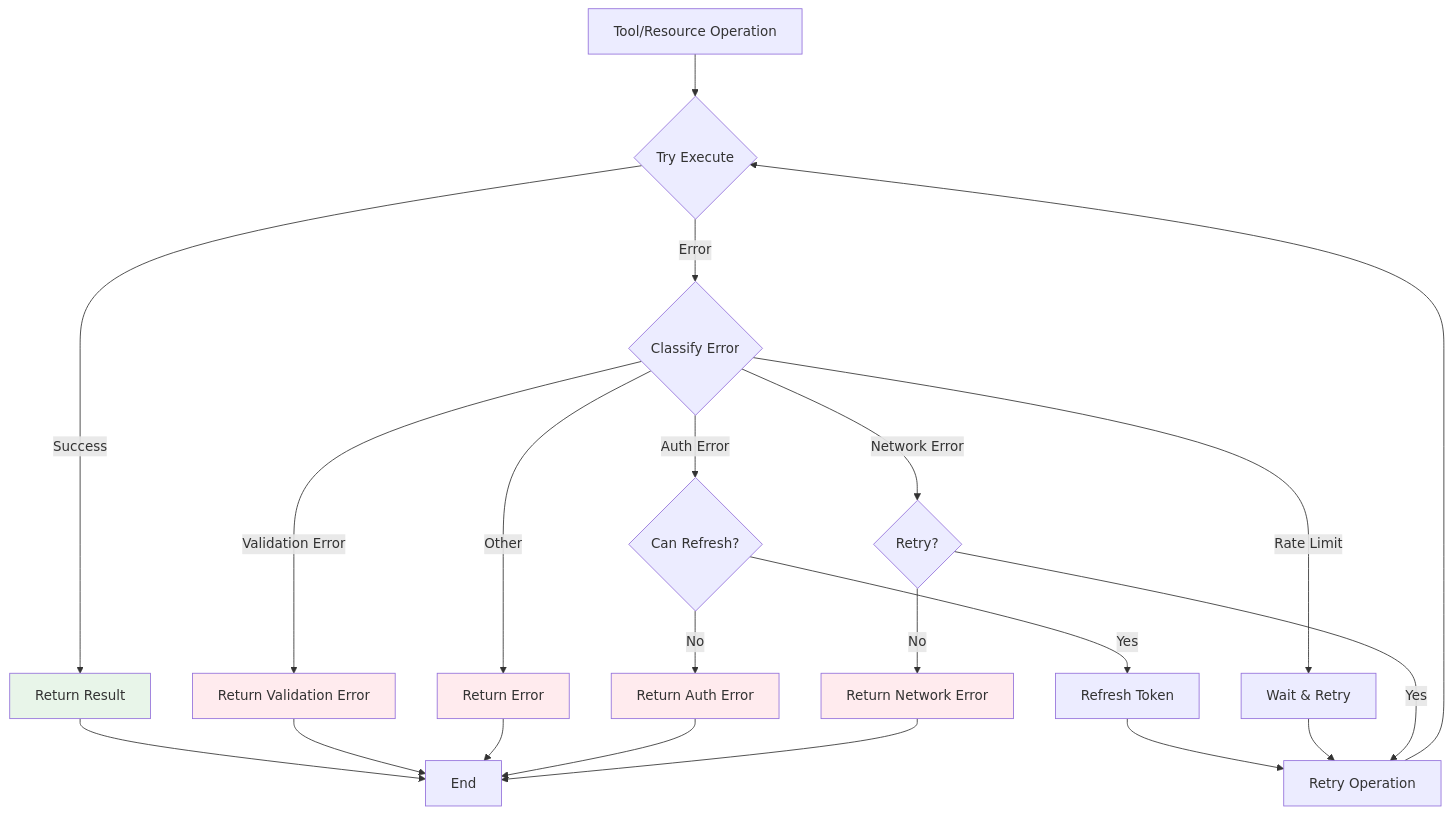
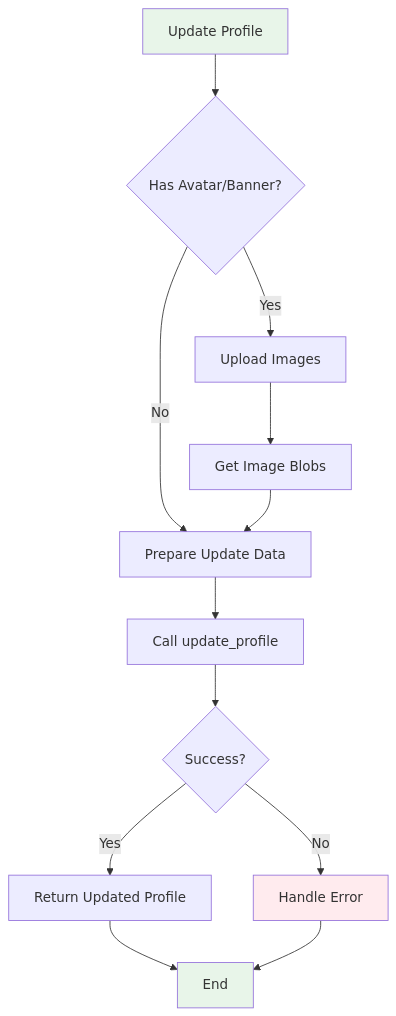
One commit to cameronrye/atproto-mcp changed the tenth of 15 diagrams in docs/diagrams/architecture.md. Above: the diagram before and after it, drawn with Mermaid. The commit also changed other lines of this file and 103 other files, not shown here.

````diff
--- a/docs/diagrams/architecture.md
+++ b/docs/diagrams/architecture.md
@@ -343,35 +323,23 @@
 ```mermaid
-graph TB
-    Operation[Tool/Resource Operation] --> Try{Try Execute}
-    
-    Try -->|Success| Return[Return Result]
-    Try -->|Error| Classify{Classify Error}
-    
-    Classify -->|Auth Error| RefreshToken{Can Refresh?}
-    Classify -->|Rate Limit| WaitRetry[Wait & Retry]
-    Classify -->|Network Error| NetworkRetry{Retry?}
-    Classify -->|Validation Error| ValidationError[Return Validation Error]
-    Classify -->|Other| GenericError[Return Error]
-    
-    RefreshToken -->|Yes| Refresh[Refresh Token]
-    RefreshToken -->|No| AuthError[Return Auth Error]
-    
-    Refresh --> Retry[Retry Operation]
-    WaitRetry --> Retry
-    NetworkRetry -->|Yes| Retry
-    NetworkRetry -->|No| NetworkError[Return Network Error]
-    
-    Retry --> Try
-    
+flowchart TD
+    Start[Update Profile] --> HasImages{Has Avatar/Banner?}
+
+    HasImages -->|Yes| UploadImages[Upload Images]
+    HasImages -->|No| PrepareUpdate[Prepare Update Data]
+
+    UploadImages --> GetImageBlobs[Get Image Blobs]
+    GetImageBlobs --> PrepareUpdate
+
+    PrepareUpdate --> CallUpdate[Call update_profile]
+    CallUpdate --> Success{Success?}
+
+    Success -->|Yes| Return[Return Updated Profile]
+    Success -->|No| Error[Handle Error]
+
     Return --> End[End]
-    ValidationError --> End
-    GenericError --> End
-    AuthError --> End
-    NetworkError --> End
-    
-    style Return fill:#e8f5e9
-    style ValidationError fill:#ffebee
-    style GenericError fill:#ffebee
-    style AuthError fill:#ffebee
-    style NetworkError fill:#ffebee
+    Error --> End
+
+    style Start fill:#e8f5e9
+    style End fill:#e8f5e9
+    style Error fill:#ffebee
 ```
````
